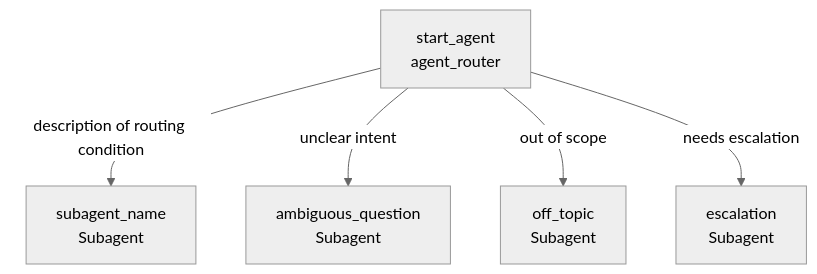
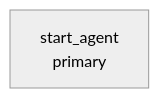
Before and after one commit to simon2432/agentforce-workspace: the diagram in .agents/skills/agentforce-generate/assets/agent-spec-template.md, drawn with Mermaid. The commit also changed other lines of this file and 3703 other files, not shown here.

````diff
--- a/.agents/skills/agentforce-generate/assets/agent-spec-template.md
+++ b/.agents/skills/agentforce-generate/assets/agent-spec-template.md
@@ -18,10 +30,5 @@
 ```mermaid
 %%{init: {'theme':'neutral'}}%%
 graph TD
-    A[start_agent<br/>agent_router]
-
-    A -->|description of routing condition| B[subagent_name<br/>Subagent]
-    A -->|unclear intent| C[ambiguous_question<br/>Subagent]
-    A -->|out of scope| D[off_topic<br/>Subagent]
-    A -->|needs escalation| E[escalation<br/>Subagent]
+    A[start_agent<br/>primary]
 ```
````
